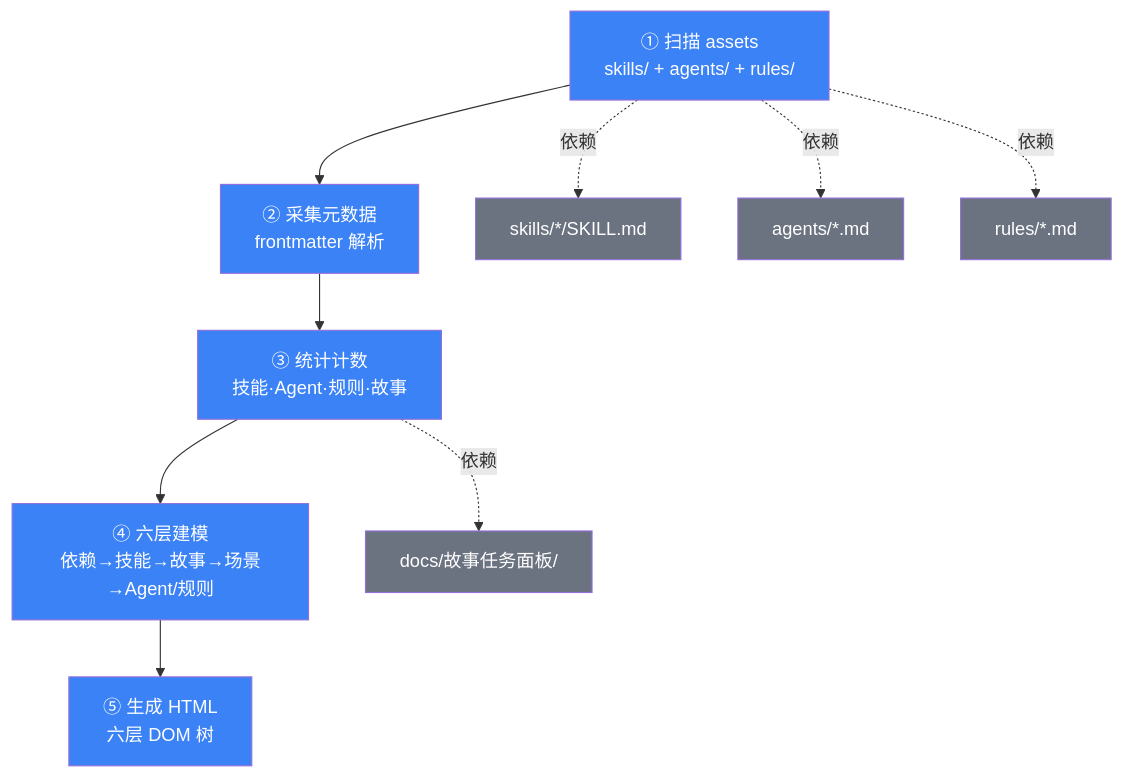
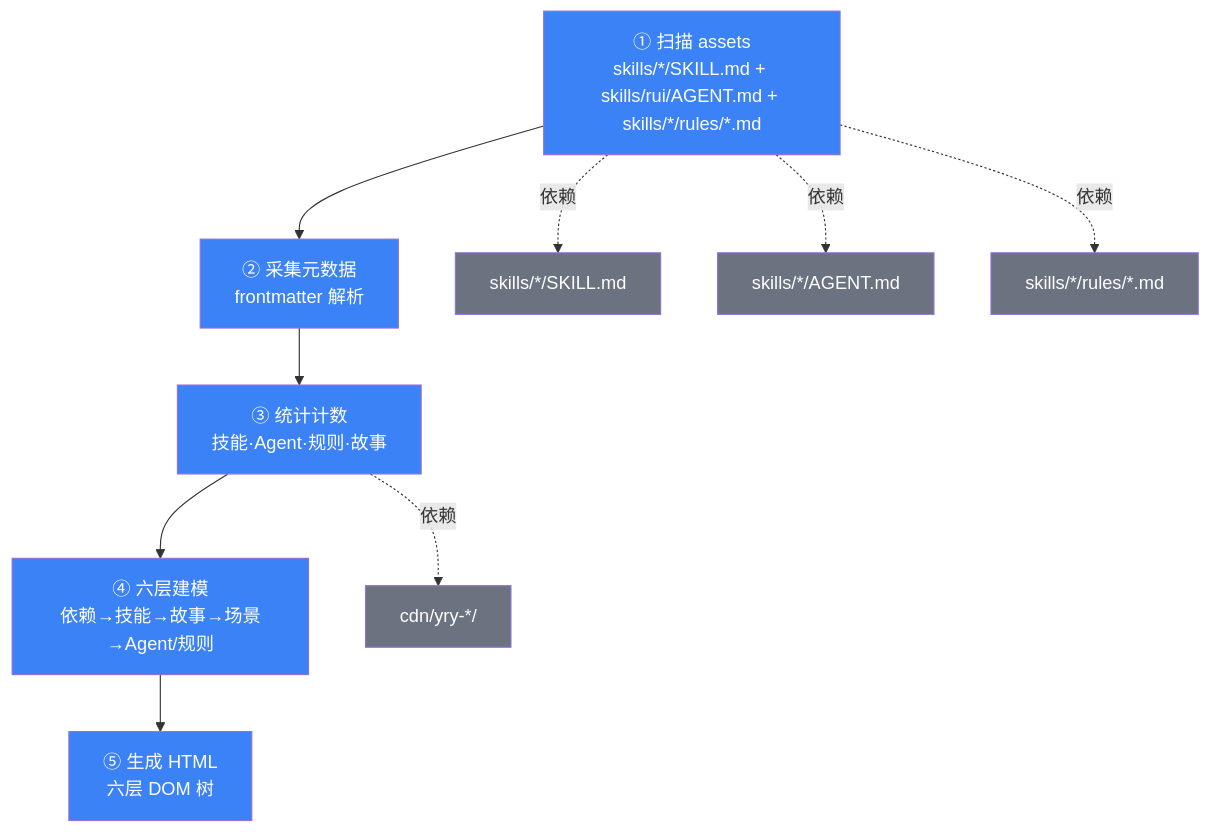
One commit to effiy/YrY changed the third of 3 diagrams in cdn/yry-home/scenes/场景-1-数据采集与六层聚合/index.md. Above: the diagram before and after it, drawn with Mermaid. The commit also changed other lines of this file and 1028 other files, not shown here.

````diff
--- a/cdn/yry-home/scenes/场景-1-数据采集与六层聚合/index.md
+++ b/cdn/yry-home/scenes/场景-1-数据采集与六层聚合/index.md
@@ -208,15 +269,15 @@
 ```mermaid
 flowchart TD
-    S1["① 扫描 assets<br/>skills/ + agents/ + rules/"]:::step --> S2["② 采集元数据<br/>frontmatter 解析"]:::step
+    S1["① 扫描 assets<br/>skills/*/SKILL.md + skills/rui/AGENT.md + skills/*/rules/*.md"]:::step --> S2["② 采集元数据<br/>frontmatter 解析"]:::step
     S2 --> S3["③ 统计计数<br/>技能·Agent·规则·故事"]:::step
     S3 --> S4["④ 六层建模<br/>依赖→技能→故事→场景→Agent/规则"]:::step
     S4 --> S5["⑤ 生成 HTML<br/>六层 DOM 树"]:::step
 
     S1 -.依赖.-> DOC1["skills/*/SKILL.md"]:::doc
-    S1 -.依赖.-> DOC2["agents/*.md"]:::doc
-    S1 -.依赖.-> DOC3["rules/*.md"]:::doc
-    S3 -.依赖.-> DOC4["docs/故事任务面板/"]:::doc
+    S1 -.依赖.-> DOC2["skills/*/AGENT.md"]:::doc
+    S1 -.依赖.-> DOC3["skills/*/rules/*.md"]:::doc
+    S3 -.依赖.-> DOC4["cdn/yry-*/"]:::doc
 
     classDef step fill:#3B82F6,color:#fff
     classDef doc fill:#6b7280,color:#fff
 ```
````
